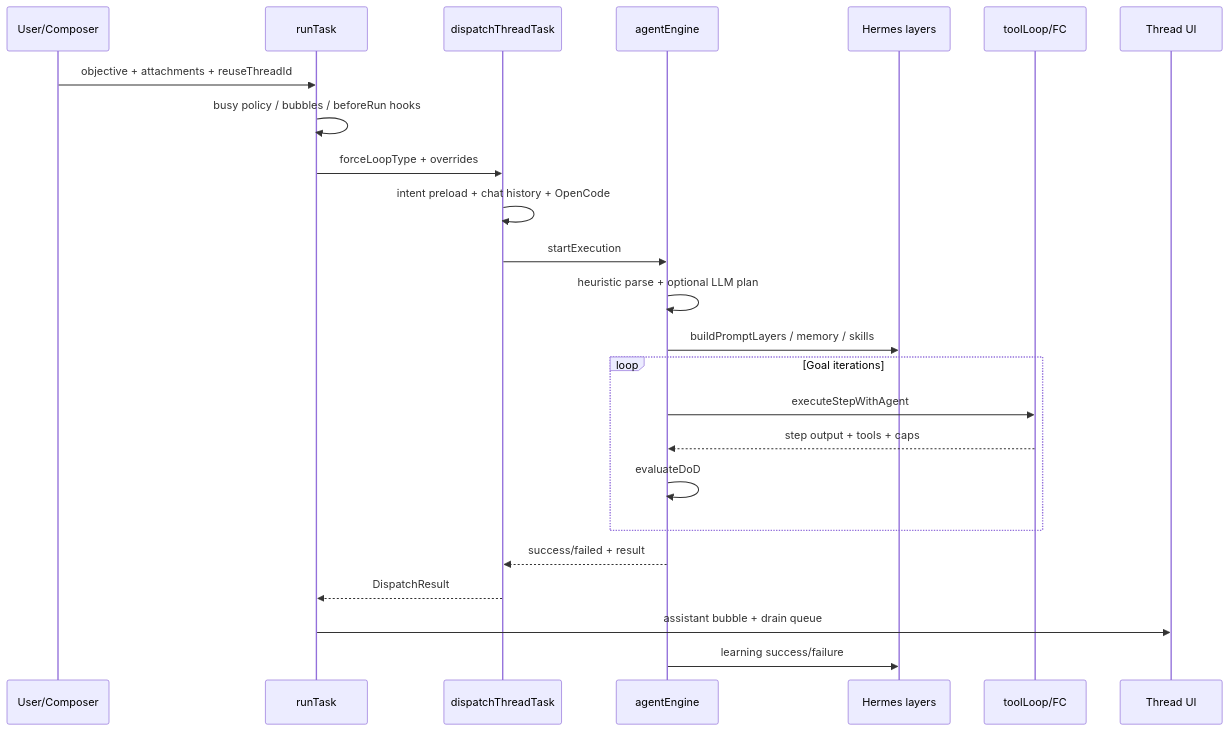
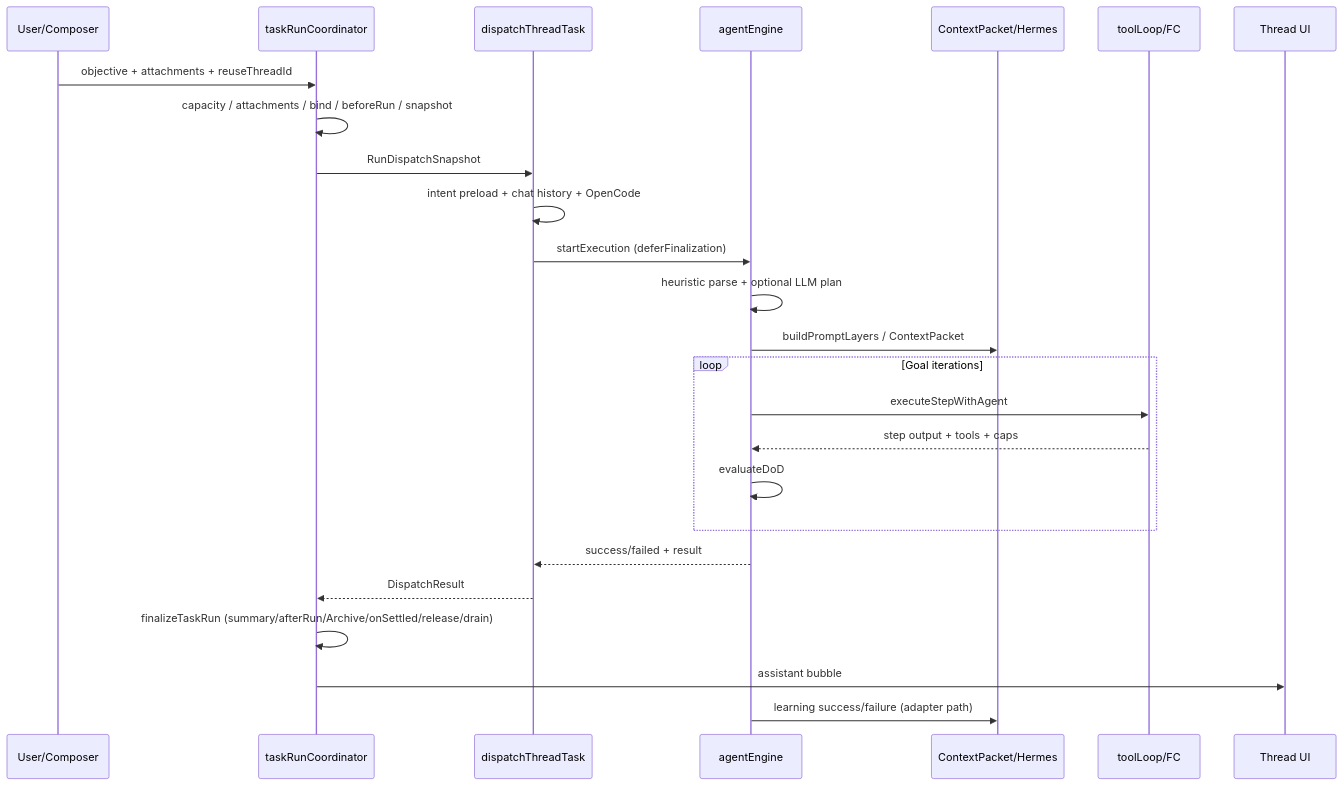
The diagram in docs/CONVERSATION_LOOP_HERMES_FLOW.md (tommy771004/AgentTeam), drawn with Mermaid before and after one commit. The commit also changed other lines of this file and 63 other files, not shown here.

````diff
--- a/docs/CONVERSATION_LOOP_HERMES_FLOW.md
+++ b/docs/CONVERSATION_LOOP_HERMES_FLOW.md
@@ -180,27 +198,28 @@
 ```mermaid
 sequenceDiagram
   participant U as User/Composer
-  participant RT as runTask
+  participant RT as taskRunCoordinator
   participant D as dispatchThreadTask
   participant E as agentEngine
-  participant H as Hermes layers
+  participant H as ContextPacket/Hermes
   participant FC as toolLoop/FC
   participant T as Thread UI
 
   U->>RT: objective + attachments + reuseThreadId
-  RT->>RT: busy policy / bubbles / beforeRun hooks
-  RT->>D: forceLoopType + overrides
+  RT->>RT: capacity / attachments / bind / beforeRun / snapshot
+  RT->>D: RunDispatchSnapshot
   D->>D: intent preload + chat history + OpenCode
-  D->>E: startExecution
+  D->>E: startExecution (deferFinalization)
   E->>E: heuristic parse + optional LLM plan
-  E->>H: buildPromptLayers / memory / skills
+  E->>H: buildPromptLayers / ContextPacket
   loop Goal iterations
     E->>FC: executeStepWithAgent
     FC-->>E: step output + tools + caps
     E->>E: evaluateDoD
   end
   E-->>D: success/failed + result
   D-->>RT: DispatchResult
-  RT->>T: assistant bubble + drain queue
-  E->>H: learning success/failure
+  RT->>RT: finalizeTaskRun (summary/afterRun/Archive/onSettled/release/drain)
+  RT->>T: assistant bubble
+  E->>H: learning success/failure (adapter path)
 ```
````
